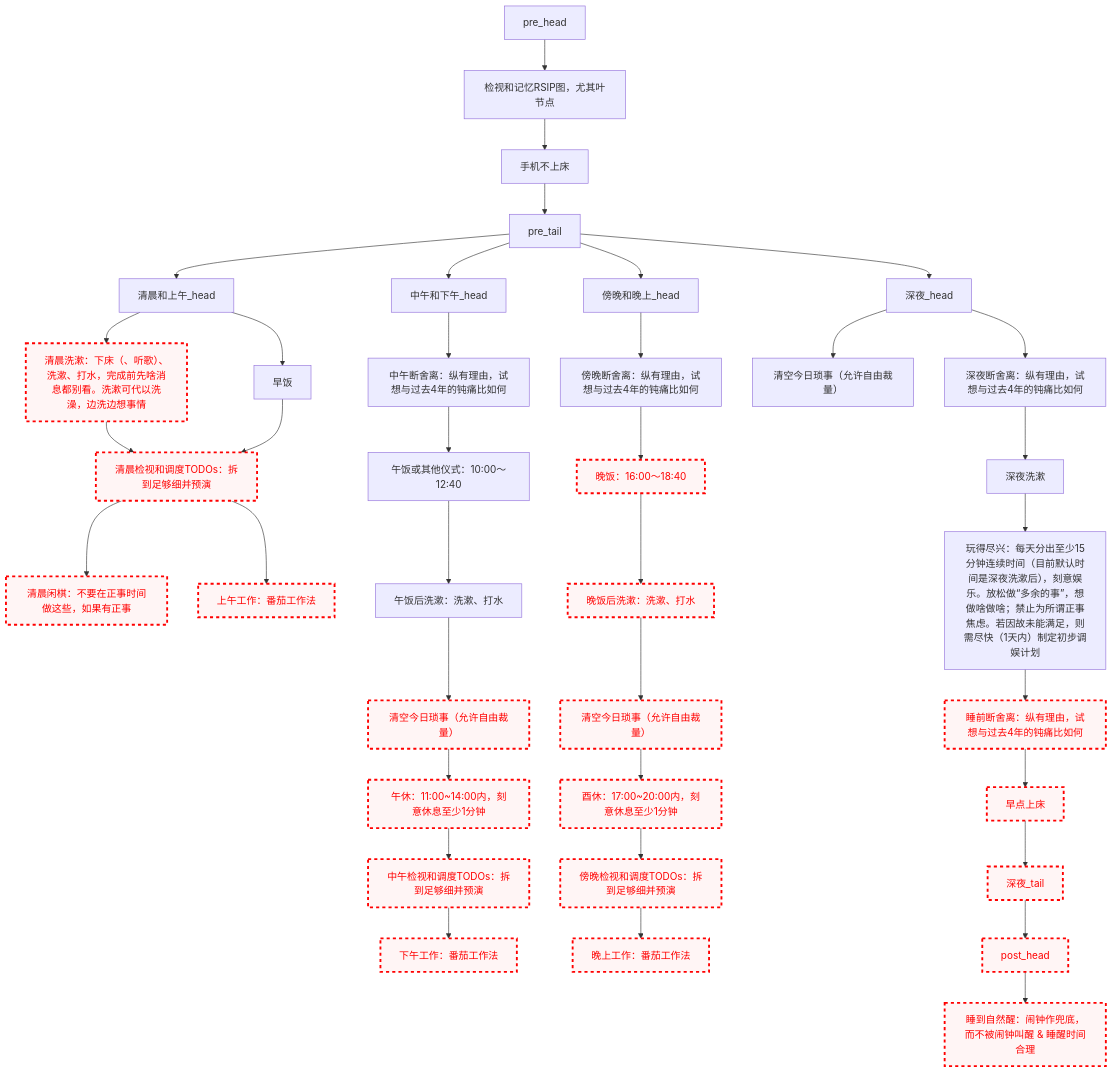
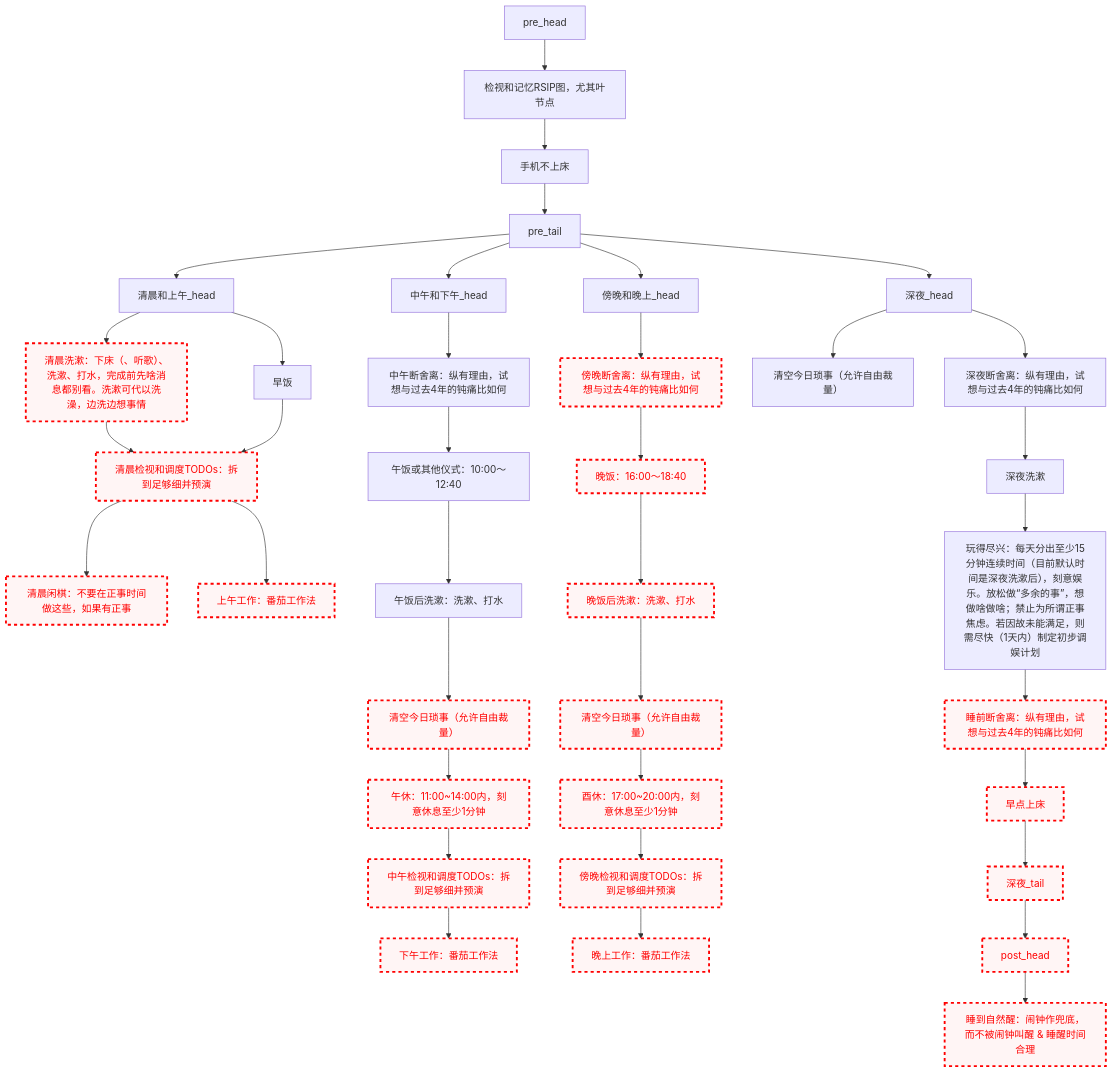
The diagram in README.md (Ethkuil/RSIP-tree), drawn with Mermaid before and after one commit.

Commit message:
disable 傍晚断舍离

````diff
--- a/README.md
+++ b/README.md
@@ -21,69 +21,70 @@
 ```mermaid
 graph TD
 
 classDef failed stroke:#ff0000, stroke-width:3px, color:#ff0000, fill:#fff5f5, stroke-dasharray: 5
 
 pre_head --> RSIP[检视和记忆RSIP图，尤其叶节点]
 RSIP --> 手机不上床
 手机不上床 --> pre_tail
 
 
 pre_tail --> 清晨和上午_head
 清晨和上午_head --> 清晨洗漱
 清晨洗漱[清晨洗漱：下床（、听歌）、洗漱、打水，完成前先啥消息都别看。洗漱可代以洗澡，边洗边想事情]
 class 清晨洗漱 failed
 清晨和上午_head --> 早饭
 清晨洗漱 --> 清晨看TODO[清晨检视和调度TODOs：拆到足够细并预演]
 早饭 --> 清晨看TODO
 class 清晨看TODO failed
 清晨看TODO --> 清晨闲棋[清晨闲棋：不要在正事时间做这些，如果有正事]
 class 清晨闲棋 failed
 清晨看TODO --> 上午工作[上午工作：番茄工作法]
 class 上午工作 failed
 
 pre_tail --> 中午和下午_head
 中午和下午_head --> 中午断舍离[中午断舍离：纵有理由，试想与过去4年的钝痛比如何]
 中午断舍离 --> 午饭[午饭或其他仪式：10:00～12:40]
 午饭 --> 午饭后洗漱[午饭后洗漱：洗漱、打水]
 午饭后洗漱 --> 中午今日琐事[清空今日琐事（允许自由裁量）]
 class 中午今日琐事 failed
 中午今日琐事 --> 午休[午休：11:00~14:00内，刻意休息至少1分钟]
 class 午休 failed
 午休 --> 中午看TODO[中午检视和调度TODOs：拆到足够细并预演]
 class 中午看TODO failed
 中午看TODO --> 下午工作[下午工作：番茄工作法]
 class 下午工作 failed
 
 pre_tail --> 傍晚和晚上_head
 傍晚和晚上_head --> 傍晚断舍离[傍晚断舍离：纵有理由，试想与过去4年的钝痛比如何]
+class 傍晚断舍离 failed
 傍晚断舍离 --> 晚饭[晚饭：16:00～18:40]
 class 晚饭 failed
 晚饭 --> 晚饭后洗漱[晚饭后洗漱：洗漱、打水]
 class 晚饭后洗漱 failed
 晚饭后洗漱 --> 傍晚今日琐事[清空今日琐事（允许自由裁量）]
 class 傍晚今日琐事 failed
 傍晚今日琐事 --> 酉休[酉休：17:00~20:00内，刻意休息至少1分钟]
 class 酉休 failed
 酉休 --> 傍晚看TODO[傍晚检视和调度TODOs：拆到足够细并预演]
 class 傍晚看TODO failed
 傍晚看TODO --> 晚上工作[晚上工作：番茄工作法]
 class 晚上工作 failed
 
 pre_tail --> 深夜_head
 深夜_head --> 深夜今日琐事[清空今日琐事（允许自由裁量）]
 深夜_head --> 深夜断舍离[深夜断舍离：纵有理由，试想与过去4年的钝痛比如何]
 深夜断舍离 --> 深夜洗漱
 深夜洗漱 --> 玩得尽兴[玩得尽兴：每天分出至少15分钟连续时间（目前默认时间是深夜洗漱后），刻意娱乐。放松做“多余的事”，想做啥做啥；禁止为所谓正事焦虑。若因故未能满足，则需尽快（1天内）制定初步调娱计划]
 玩得尽兴 --> 睡前断舍离[睡前断舍离：纵有理由，试想与过去4年的钝痛比如何]
 class 睡前断舍离 failed
 睡前断舍离 --> 早点上床
 class 早点上床 failed
 早点上床 --> 深夜_tail
 class 深夜_tail failed
 
 
 深夜_tail --> post_head
 class post_head failed
 post_head --> 睡到自然醒[睡到自然醒：闹钟作兜底，而不被闹钟叫醒 & 睡醒时间合理]
 class 睡到自然醒 failed
 ```
````
